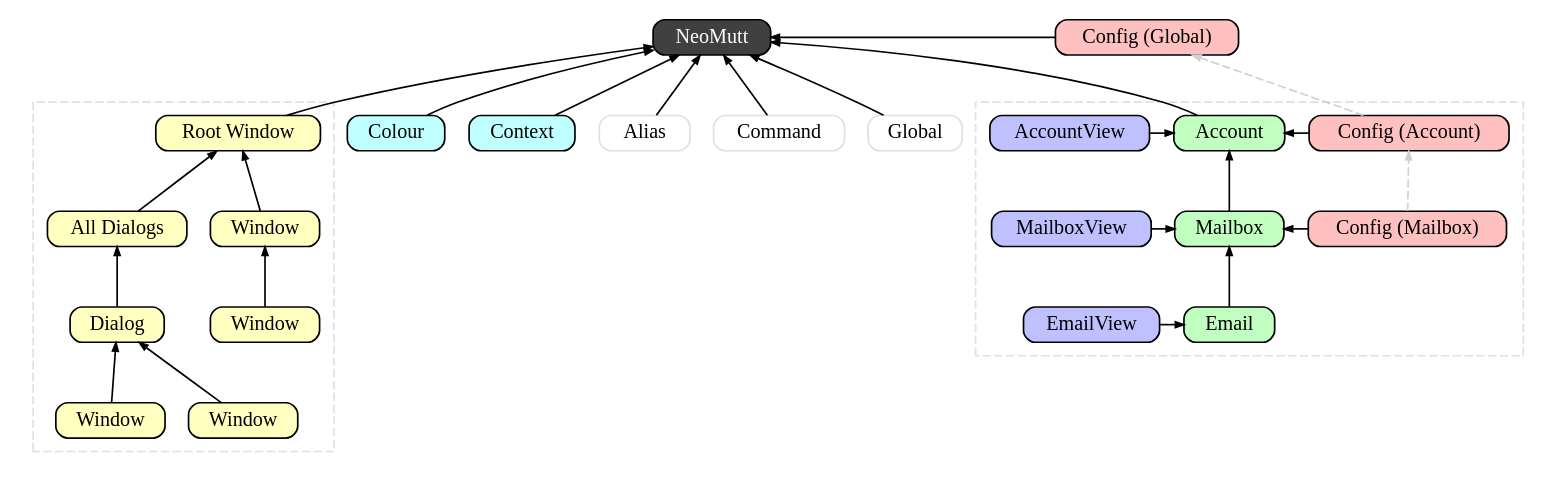
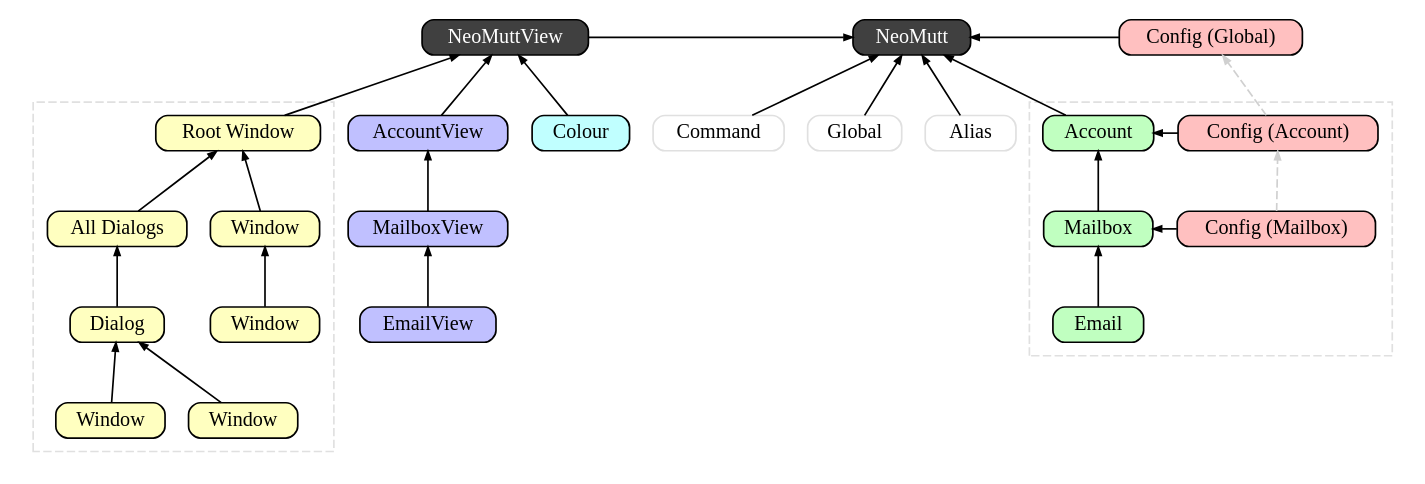
Before and after one commit to neomutt/gfx: the diagram in arch/notify.gv, drawn with Graphviz.

Commit message:
update notifications diagram

```diff
--- a/arch/notify.gv
+++ b/arch/notify.gv
@@ -1,120 +1,119 @@
 digraph notify
 {
 	graph [
 		rankdir="BT"
 		nodesep="0.2"
 		ranksep="0.5"
 		overlap="false"
 		splines="true"
 		compound="true"
 	];
 
 	node [
 		shape="box"
 		fontsize="12"
 		style="rounded,filled"
 		height="0.2"
 		penwidth="1.0"
 		color="#000000"
 		fillcolor="#ffffff"
 	];
 
 	edge [
 		penwidth="1.0"
 		color="#000000"
 		arrowsize="0.5"
 	];
 
 
 	NeoMutt [ fontcolor="#ffffff" fillcolor="#404040" ]
+	NeoMuttView [ fontcolor="#ffffff" fillcolor="#404040" ]
+
+	NeoMuttView -> NeoMutt
+
+	{ rank=same NeoMuttView NeoMutt }
 
 	subgraph cluster_window
 	{
 		fontcolor="#000000"
 		color="#e0e0e0"
 		fillcolor="#ffffff"
 		style="dashed"
 
 		node [ fillcolor="#ffffc0" ]
 
 		root_win     [ label="Root Window" ]
 		win1         [ label="Window" ]
 		win2         [ label="Window" ]
 		win_dlg      [ label="All Dialogs" ]
 		dlg1         [ label="Dialog" ]
 		dlg1_win1    [ label="Window" ]
 		dlg1_win2    [ label="Window" ]
-		root_win -> NeoMutt
+		root_win -> NeoMuttView
 		win1 -> root_win
 		win2 -> win1
 
 		win_dlg -> root_win
 		dlg1 -> win_dlg
 		dlg1_win1 -> dlg1
 		dlg1_win2 -> dlg1
 	}
 
 
 	subgraph cluster_data
 	{
 		fontcolor="#000000"
 		color="#e0e0e0"
 		fillcolor="#ffffff"
 		style="dashed"
 
 		node [ fillcolor="#ffc0c0" ]
 
 		AConfig [ label="Config (Account)" ]
 		MConfig [ label="Config (Mailbox)" ]
 
-		node [ fillcolor="#c0c0ff" ]
-
-		AccountView
-		EmailView
-		MailboxView
-
 		node [ fillcolor="#c0ffc0" ]
 
 		Account
 		Mailbox
 		Email
 
 		Account     -> NeoMutt
-		AccountView -> Account
 		Mailbox     -> Account
-		MailboxView -> Mailbox
 		Email       -> Mailbox
-		EmailView   -> Email
 
 		Account -> AConfig [ dir="back" ]
 		Mailbox -> MConfig [ dir="back" ]
 
-		{ rank=same Account AccountView AConfig }
-		{ rank=same Mailbox MailboxView MConfig }
-		{ rank=same Email EmailView }
+		{ rank=same Account AConfig }
+		{ rank=same Mailbox MConfig }
 
 	}
 
+	node [ fillcolor="#c0c0ff" ]
+
+	AccountView -> NeoMuttView
+	MailboxView -> AccountView
+	EmailView   -> MailboxView
 
 	node [ fillcolor="#ffc0c0" ]
 
 	NConfig [ label="Config (Global)"  ]
 
 	node [ fillcolor="#c0ffff" ]
 
-	Colour      -> NeoMutt
-	Context     -> NeoMutt
+	Colour      -> NeoMuttView
 
 	NeoMutt -> NConfig [ dir="back" ]
 	AConfig -> NConfig [ style="dashed" color="#d0d0d0" ]
 	MConfig -> AConfig [ style="dashed" color="#d0d0d0" ]
 
 	{ rank=same NeoMutt NConfig }
 
 	node [ color="#e0e0e0" fillcolor="#ffffff" ]
 
 	Alias       -> NeoMutt
 	Command     -> NeoMutt
 	Global      -> NeoMutt
 
 }
```
